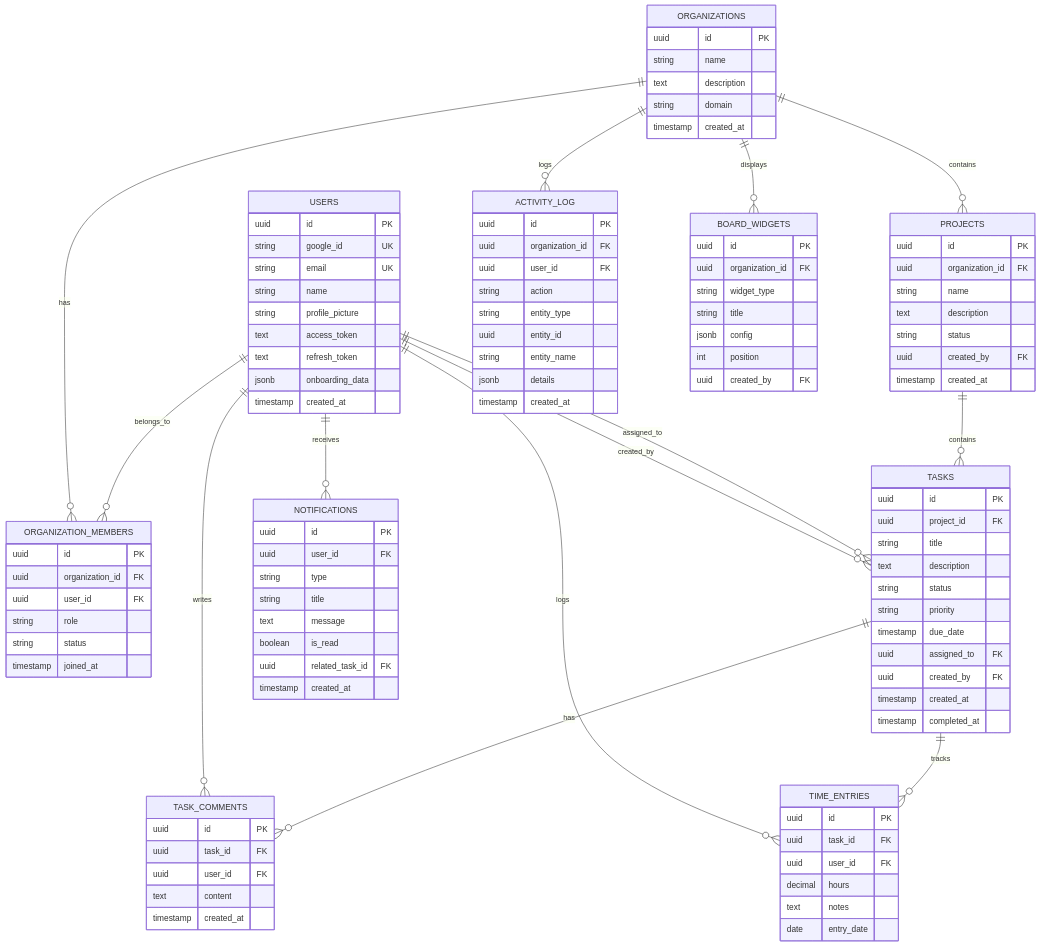
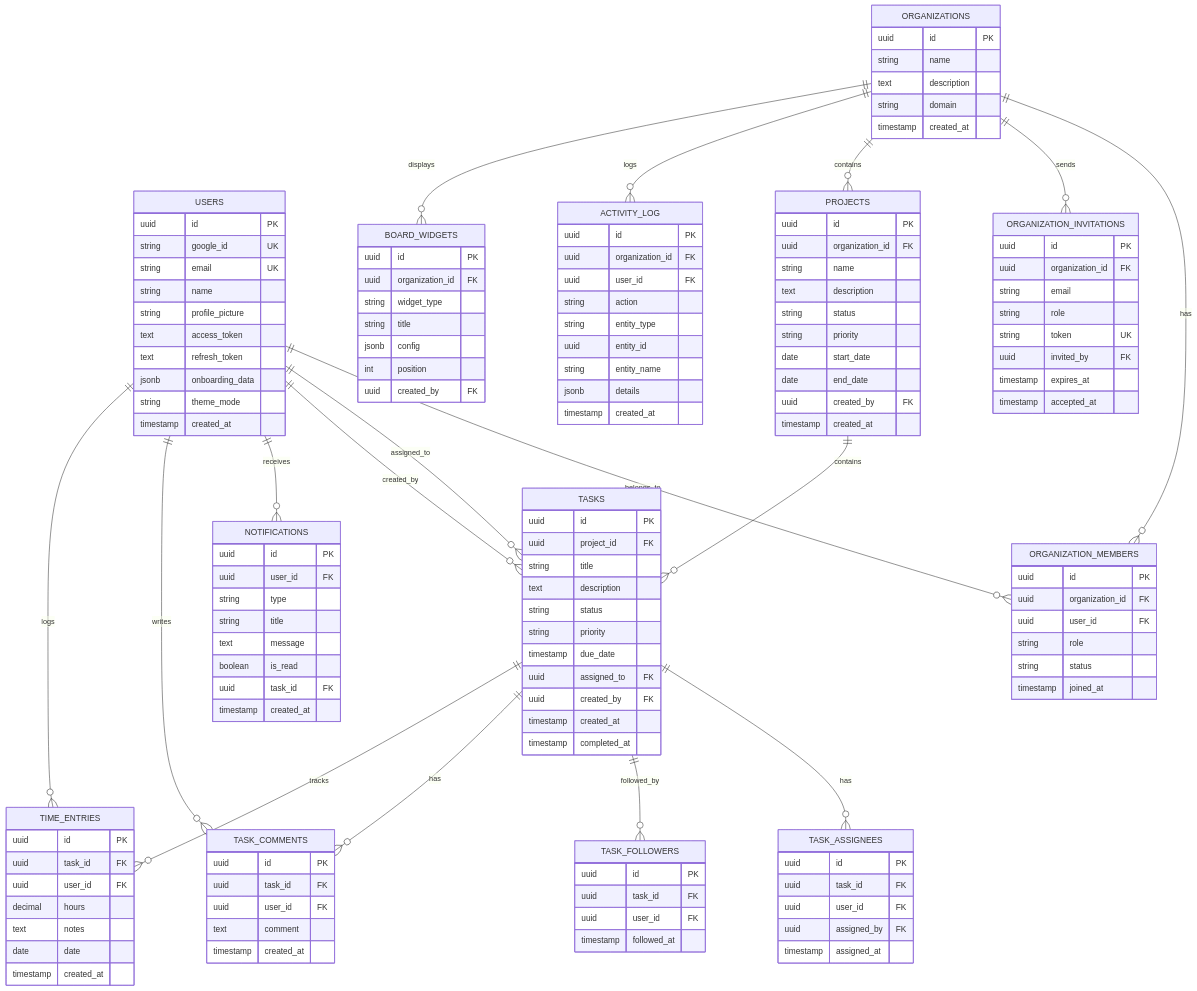
Diagram 26 of 27 in docs/SkyFlow_Diagrams.md (DaynePabillon/SKyFlow.Google), drawn with Mermaid before and after one commit. The commit also changed other lines of this file and 12 other files, not shown here.

```diff
--- a/docs/SkyFlow_Diagrams.md
+++ b/docs/SkyFlow_Diagrams.md
@@ -816,6 +818,7 @@
         text access_token
         text refresh_token
         jsonb onboarding_data
+        string theme_mode
         timestamp created_at
     }
 
@@ -836,12 +839,26 @@
         timestamp joined_at
     }
 
+    ORGANIZATION_INVITATIONS {
+        uuid id PK
+        uuid organization_id FK
+        string email
+        string role
+        string token UK
+        uuid invited_by FK
+        timestamp expires_at
+        timestamp accepted_at
+    }
+
     PROJECTS {
         uuid id PK
         uuid organization_id FK
         string name
         text description
         string status
+        string priority
+        date start_date
+        date end_date
         uuid created_by FK
         timestamp created_at
     }
@@ -860,11 +877,26 @@
         timestamp completed_at
     }
 
+    TASK_ASSIGNEES {
+        uuid id PK
+        uuid task_id FK
+        uuid user_id FK
+        uuid assigned_by FK
+        timestamp assigned_at
+    }
+
+    TASK_FOLLOWERS {
+        uuid id PK
+        uuid task_id FK
+        uuid user_id FK
+        timestamp followed_at
+    }
+
     TASK_COMMENTS {
         uuid id PK
         uuid task_id FK
         uuid user_id FK
-        text content
+        text comment
         timestamp created_at
     }
 
@@ -874,7 +906,8 @@
         uuid user_id FK
         decimal hours
         text notes
-        date entry_date
+        date date
+        timestamp created_at
     }
 
     NOTIFICATIONS {
@@ -884,7 +917,7 @@
         string title
         text message
         boolean is_read
-        uuid related_task_id FK
+        uuid task_id FK
         timestamp created_at
     }
 
@@ -912,12 +945,15 @@
 
     USERS ||--o{ ORGANIZATION_MEMBERS : belongs_to
     ORGANIZATIONS ||--o{ ORGANIZATION_MEMBERS : has
+    ORGANIZATIONS ||--o{ ORGANIZATION_INVITATIONS : sends
     ORGANIZATIONS ||--o{ PROJECTS : contains
     ORGANIZATIONS ||--o{ ACTIVITY_LOG : logs
     ORGANIZATIONS ||--o{ BOARD_WIDGETS : displays
     PROJECTS ||--o{ TASKS : contains
     USERS ||--o{ TASKS : assigned_to
     USERS ||--o{ TASKS : created_by
+    TASKS ||--o{ TASK_ASSIGNEES : has
+    TASKS ||--o{ TASK_FOLLOWERS : followed_by
     TASKS ||--o{ TASK_COMMENTS : has
     TASKS ||--o{ TIME_ENTRIES : tracks
     USERS ||--o{ NOTIFICATIONS : receives
```
